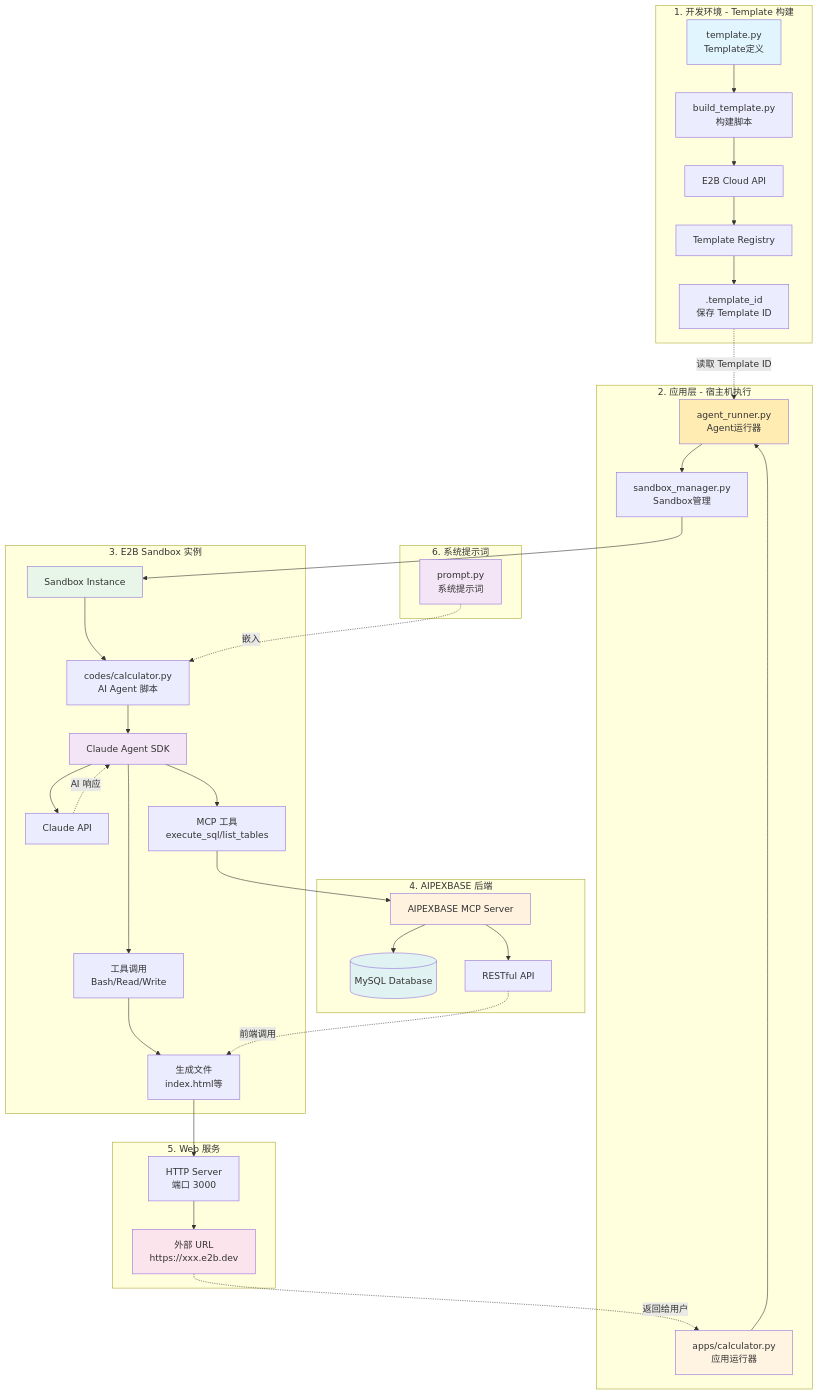
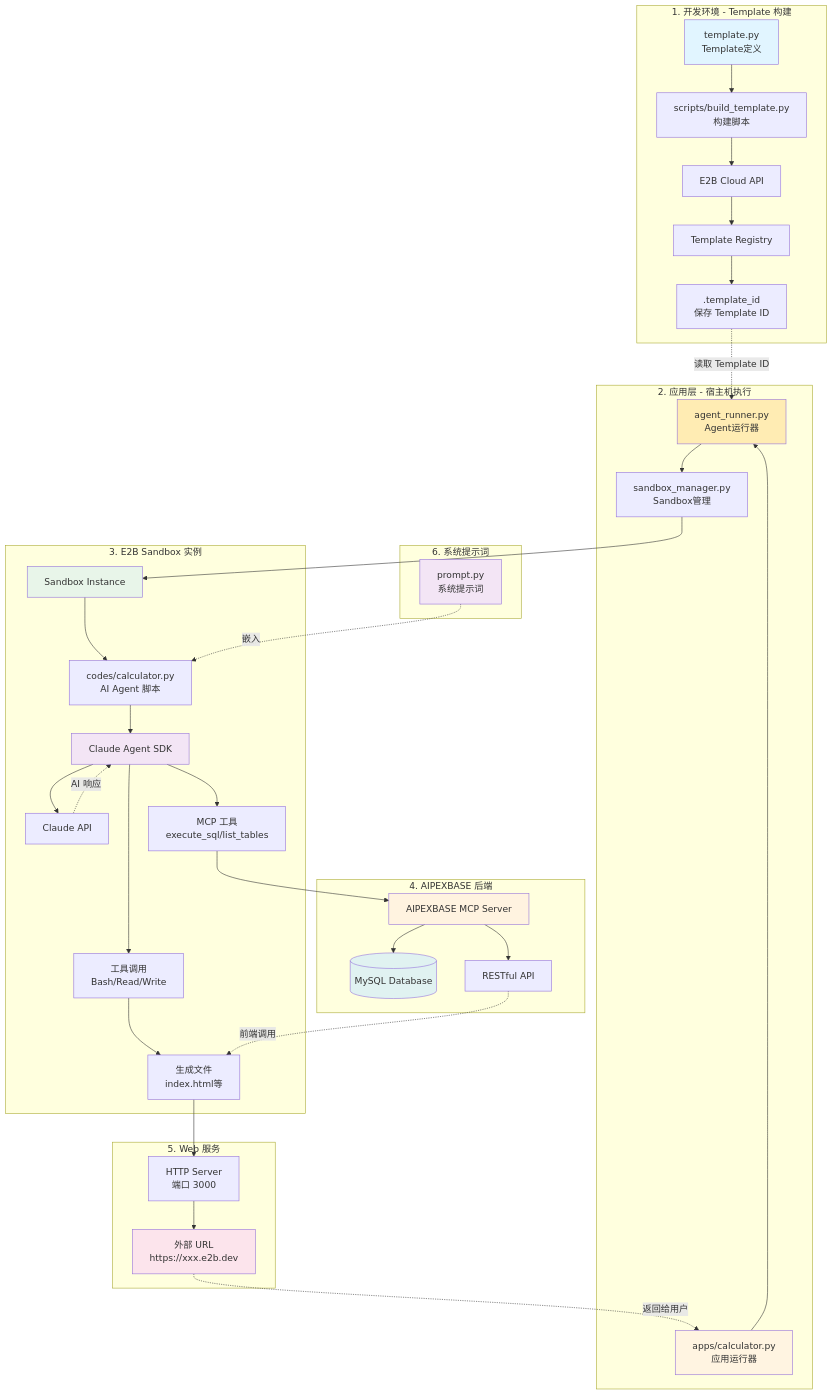
Before and after one commit to xiaodong528/Genie: the first of 7 diagrams in docs/tech/architecture.md, drawn with Mermaid. The commit also changed other lines of this file and 7 other files, not shown here.

````diff
--- a/docs/tech/architecture.md
+++ b/docs/tech/architecture.md
@@ -33,54 +34,54 @@
 ```mermaid
 graph TB
     subgraph "1. 开发环境 - Template 构建"
-        A[template.py<br/>Template定义] --> B[build_template.py<br/>构建脚本]
+        A[template.py<br/>Template定义] --> B[scripts/build_template.py<br/>构建脚本]
         B --> C[E2B Cloud API]
         C --> D[Template Registry]
         D --> E[.template_id<br/>保存 Template ID]
     end
 
     subgraph "2. 应用层 - 宿主机执行"
         F[apps/calculator.py<br/>应用运行器] --> G[agent_runner.py<br/>Agent运行器]
         G --> H[sandbox_manager.py<br/>Sandbox管理]
     end
 
     subgraph "3. E2B Sandbox 实例"
         H --> I[Sandbox Instance]
         I --> J[codes/calculator.py<br/>AI Agent 脚本]
         J --> K[Claude Agent SDK]
         K --> L[Claude API]
         K --> M[工具调用<br/>Bash/Read/Write]
         K --> MCP[MCP 工具<br/>execute_sql/list_tables]
         M --> N[生成文件<br/>index.html等]
     end
 
     subgraph "4. AIPEXBASE 后端"
         MCP --> AIPEX[AIPEXBASE MCP Server]
         AIPEX --> DB[(MySQL Database)]
         AIPEX --> API[RESTful API]
     end
 
     subgraph "5. Web 服务"
         N --> O[HTTP Server<br/>端口 3000]
         O --> P[外部 URL<br/>https://xxx.e2b.dev]
     end
 
     subgraph "6. 系统提示词"
         PROMPT[prompt.py<br/>系统提示词] -.嵌入.-> J
     end
 
     E -.读取 Template ID.-> G
     L -.AI 响应.-> K
     P -.返回给用户.-> F
     API -.前端调用.-> N
 
     style A fill:#e1f5ff
     style F fill:#fff4e1
     style G fill:#ffecb3
     style I fill:#e8f5e9
     style K fill:#f3e5f5
     style P fill:#fce4ec
     style AIPEX fill:#fff3e0
     style DB fill:#e0f2f1
     style PROMPT fill:#f3e5f5
 ```
````
